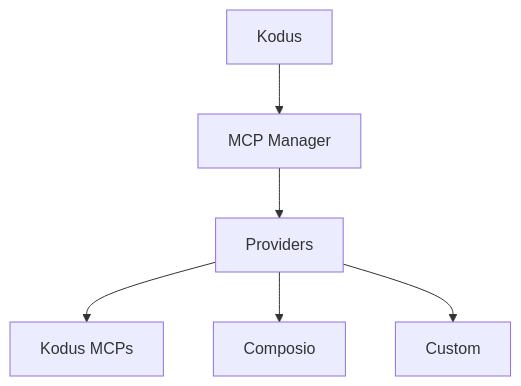
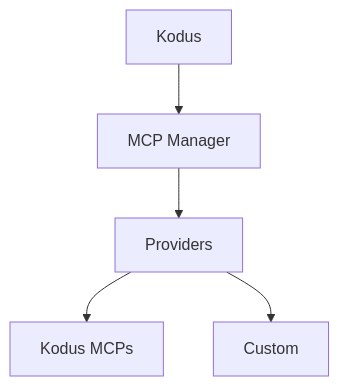
The diagram in docs/how_to_deploy/en/deploy_kodus/mcp_manager.mdx (kodustech/kodus-ai), drawn with Mermaid before and after one commit. The commit also changed other lines of this file and 9 other files, not shown here.

````diff
--- a/docs/how_to_deploy/en/deploy_kodus/mcp_manager.mdx
+++ b/docs/how_to_deploy/en/deploy_kodus/mcp_manager.mdx
@@ -26,8 +26,7 @@
 ```mermaid
 graph TD
     A[Kodus] --> B[MCP Manager]
     B --> C[Providers]
     C --> D[Kodus MCPs]
-    C --> E[Composio]
     C --> F[Custom]
 ```
````
